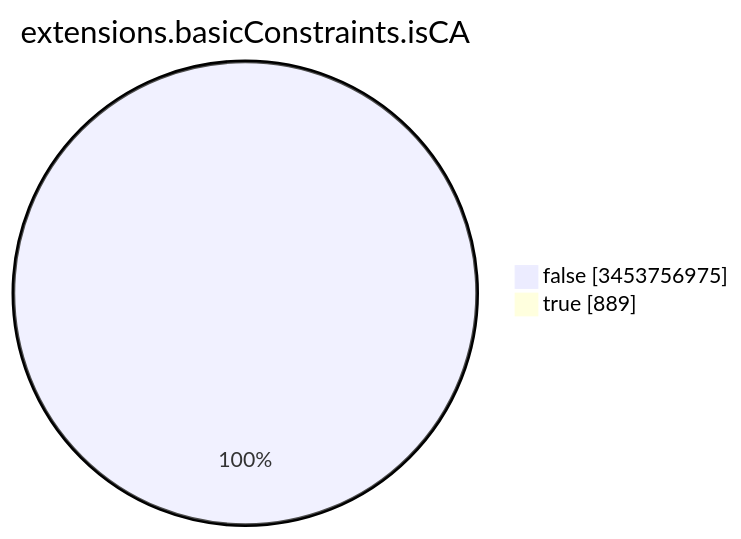
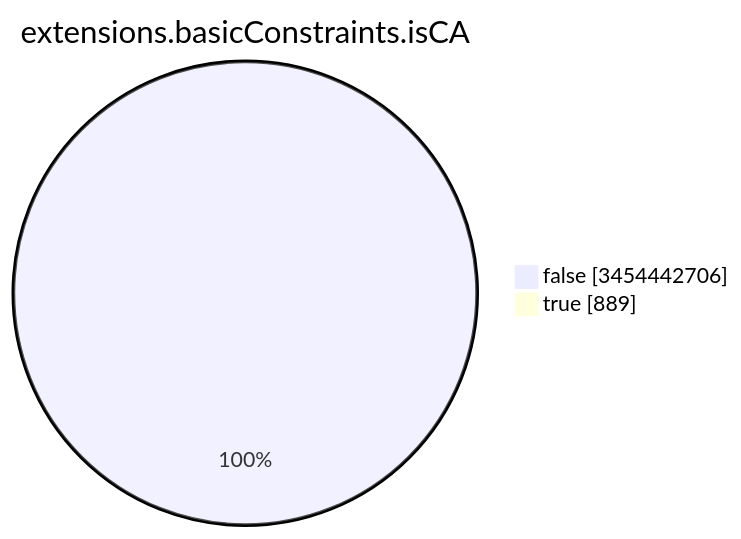
One commit to christiankrug/ctmonitor_visualization changed the seventh of 15 diagrams in TOTAL/README.md. Above: the diagram before and after it, drawn with Mermaid. The commit also changed other lines of this file, not shown here.

````diff
--- a/TOTAL/README.md
+++ b/TOTAL/README.md
@@ -3092,6 +3092,6 @@
 ```mermaid
 pie showData
 title extensions.basicConstraints.isCA
-"false" :3453756975
+"false" :3454442706
 "true" :889
 ```
````
